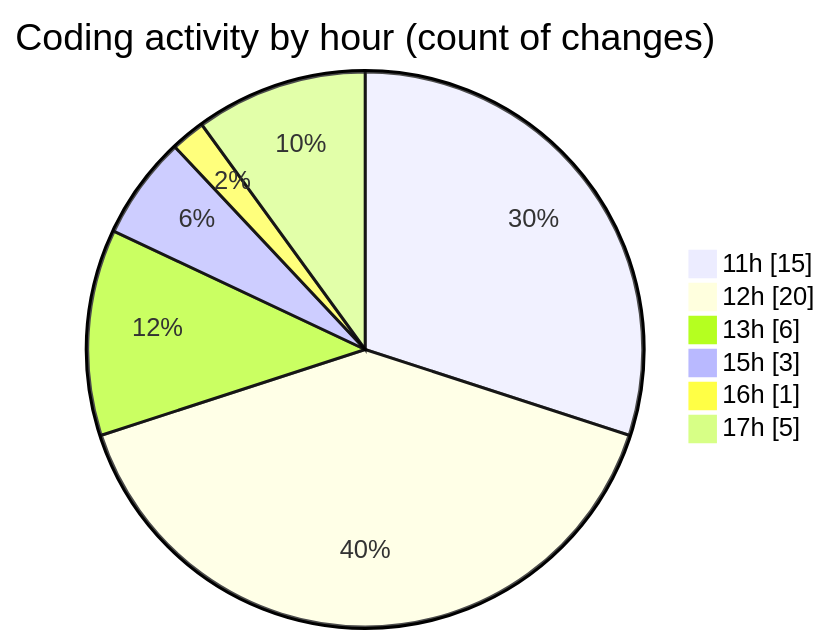
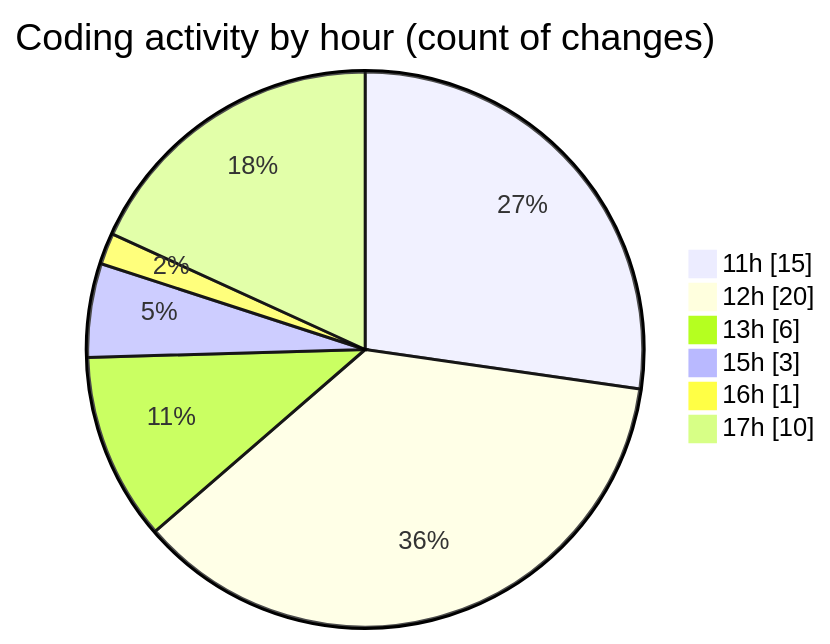
One commit to nxtqubesakshisongat/code-tracking changed the second of 2 diagrams in 2025-06-28/argos/README.md. Above: the diagram before and after it, drawn with Mermaid. The commit also changed other lines of this file and 1 other file, not shown here.

````diff
--- a/2025-06-28/argos/README.md
+++ b/2025-06-28/argos/README.md
@@ -36,10 +36,10 @@
 ```mermaid
 pie showData
 title Coding activity by hour (count of changes)
 "11h" : 15
 "12h" : 20
 "13h" : 6
 "15h" : 3
 "16h" : 1
-"17h" : 5
+"17h" : 10
 ```
````
